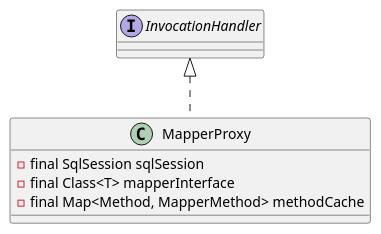
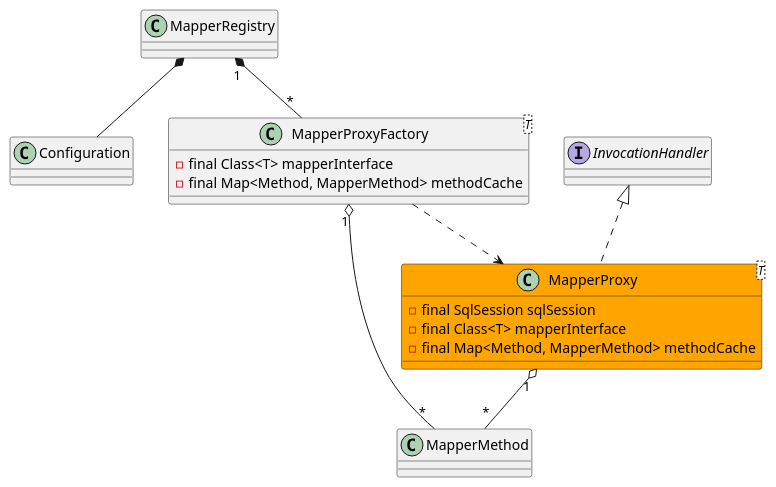
Before and after one commit to onlyonion/development: the first of 2 diagrams in docs/20-framework/src/mybatis/mybatis/binding/MapperProxy.md, drawn with PlantUML. The commit also changed 20 other files, not shown here.

````diff
--- a/docs/20-framework/src/mybatis/mybatis/binding/MapperProxy.md
+++ b/docs/20-framework/src/mybatis/mybatis/binding/MapperProxy.md
@@ -5,14 +5,28 @@
 ```plantuml
 @startuml
 
-class MapperProxy {
+'''''''''''''''''''''MapperRegistry'''''''''''''''''''''
+class MapperRegistry
+MapperRegistry *-- Configuration
+MapperRegistry "1" *-- "*" MapperProxyFactory
+
+'''''''''''''''''''''MapperProxyFactory'''''''''''''''''''''
+class MapperProxyFactory<T> {
+    - final Class<T> mapperInterface
+    - final Map<Method, MapperMethod> methodCache
+}
+MapperProxyFactory "1" o-- "*" MapperMethod
+MapperProxyFactory ..> MapperProxy
+
+'''''''''''''''''''''MapperProxy'''''''''''''''''''''
+class MapperProxy<T> #orange {
     - final SqlSession sqlSession
     - final Class<T> mapperInterface
     - final Map<Method, MapperMethod> methodCache
 }
-
+MapperProxy "1" o-- "*" MapperMethod
 interface InvocationHandler
-InvocationHandler <|.. MapperProxy
+InvocationHandler ^.. MapperProxy
 
 @enduml
 ```
````
